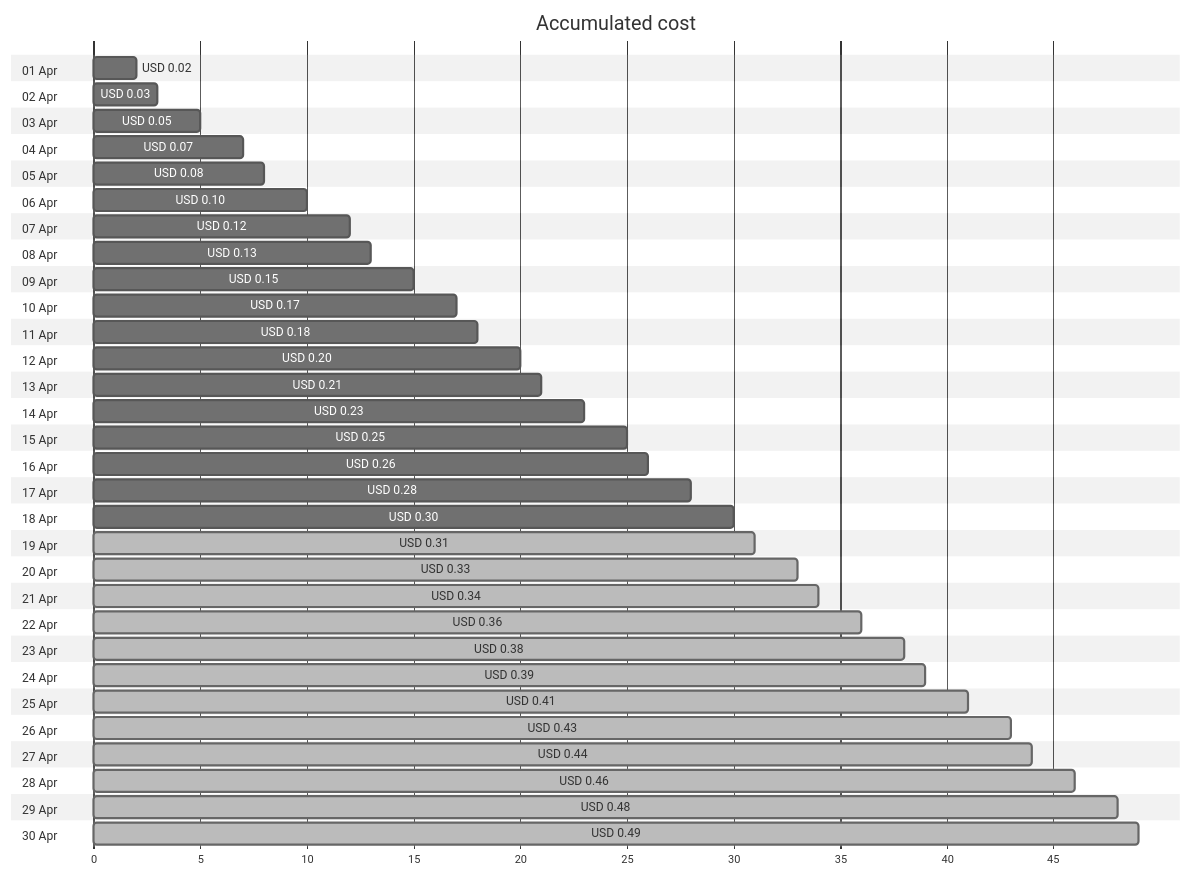
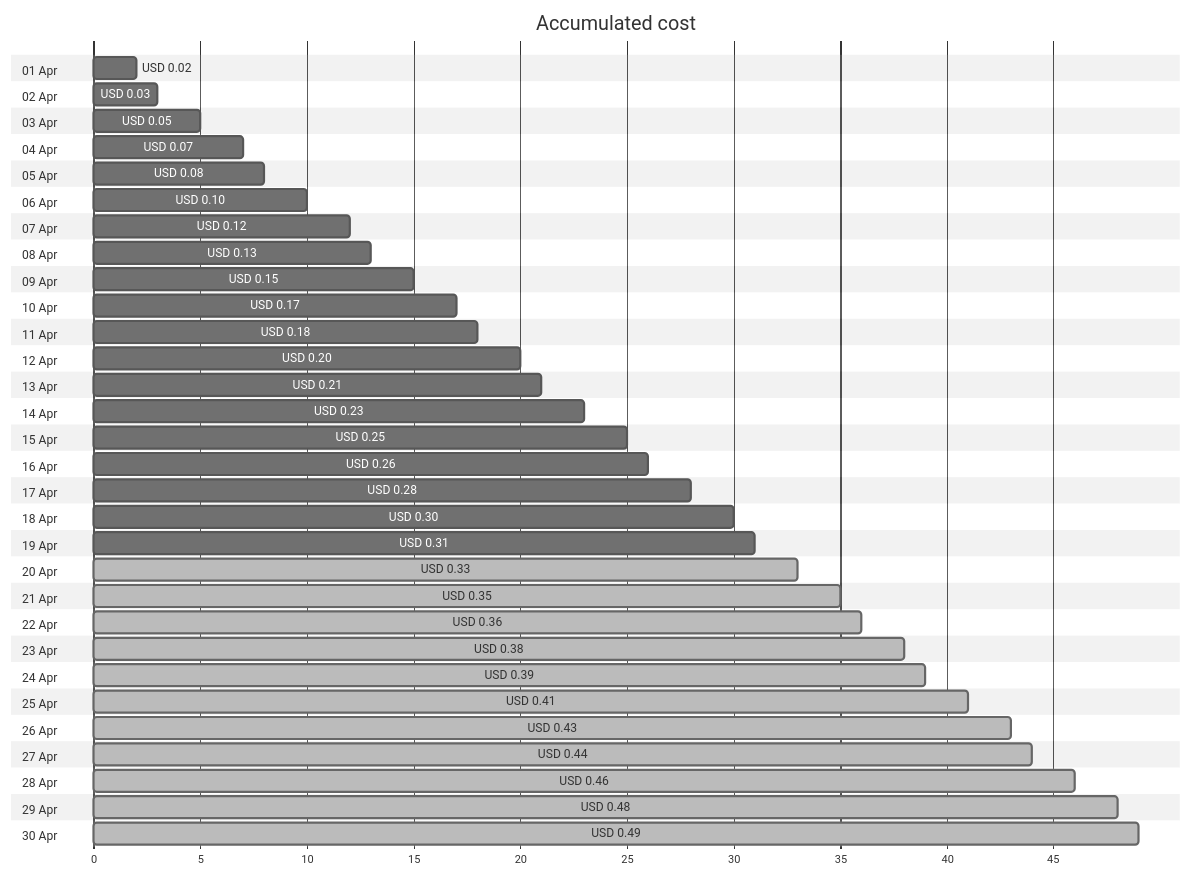
One commit to jpfulton/azure-personal-reports changed the first of 4 diagrams in cost-reports/personal-dns/jpatrickfulton.dev.md. Above: the diagram before and after it, drawn with Mermaid (neutral theme). The commit also changed other lines of this file and 2 other files, not shown here.

````diff
--- a/cost-reports/personal-dns/jpatrickfulton.dev.md
+++ b/cost-reports/personal-dns/jpatrickfulton.dev.md
@@ -20,66 +20,66 @@
 ```mermaid
 gantt
    title Accumulated cost
    dateFormat  X
    axisFormat %s
    section 01 Apr
    USD 0.02 :0, 2
    section 02 Apr
    USD 0.03 :0, 3
    section 03 Apr
    USD 0.05 :0, 5
    section 04 Apr
    USD 0.07 :0, 7
    section 05 Apr
    USD 0.08 :0, 8
    section 06 Apr
    USD 0.10 :0, 10
    section 07 Apr
    USD 0.12 :0, 12
    section 08 Apr
    USD 0.13 :0, 13
    section 09 Apr
    USD 0.15 :0, 15
    section 10 Apr
    USD 0.17 :0, 17
    section 11 Apr
    USD 0.18 :0, 18
    section 12 Apr
    USD 0.20 :0, 20
    section 13 Apr
    USD 0.21 :0, 21
    section 14 Apr
    USD 0.23 :0, 23
    section 15 Apr
    USD 0.25 :0, 25
    section 16 Apr
    USD 0.26 :0, 26
    section 17 Apr
    USD 0.28 :0, 28
    section 18 Apr
    USD 0.30 :0, 30
    section 19 Apr
-   USD 0.31 : done, 0, 31
+   USD 0.31 :0, 31
    section 20 Apr
    USD 0.33 : done, 0, 33
    section 21 Apr
-   USD 0.34 : done, 0, 34
+   USD 0.35 : done, 0, 35
    section 22 Apr
    USD 0.36 : done, 0, 36
    section 23 Apr
    USD 0.38 : done, 0, 38
    section 24 Apr
    USD 0.39 : done, 0, 39
    section 25 Apr
    USD 0.41 : done, 0, 41
    section 26 Apr
    USD 0.43 : done, 0, 43
    section 27 Apr
    USD 0.44 : done, 0, 44
    section 28 Apr
    USD 0.46 : done, 0, 46
    section 29 Apr
    USD 0.48 : done, 0, 48
    section 30 Apr
    USD 0.49 : done, 0, 49
 ```
````
